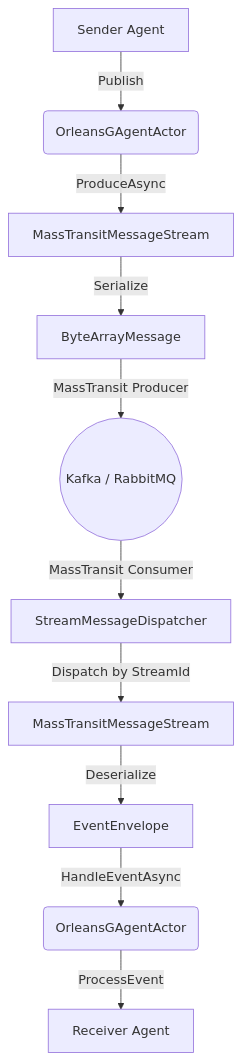
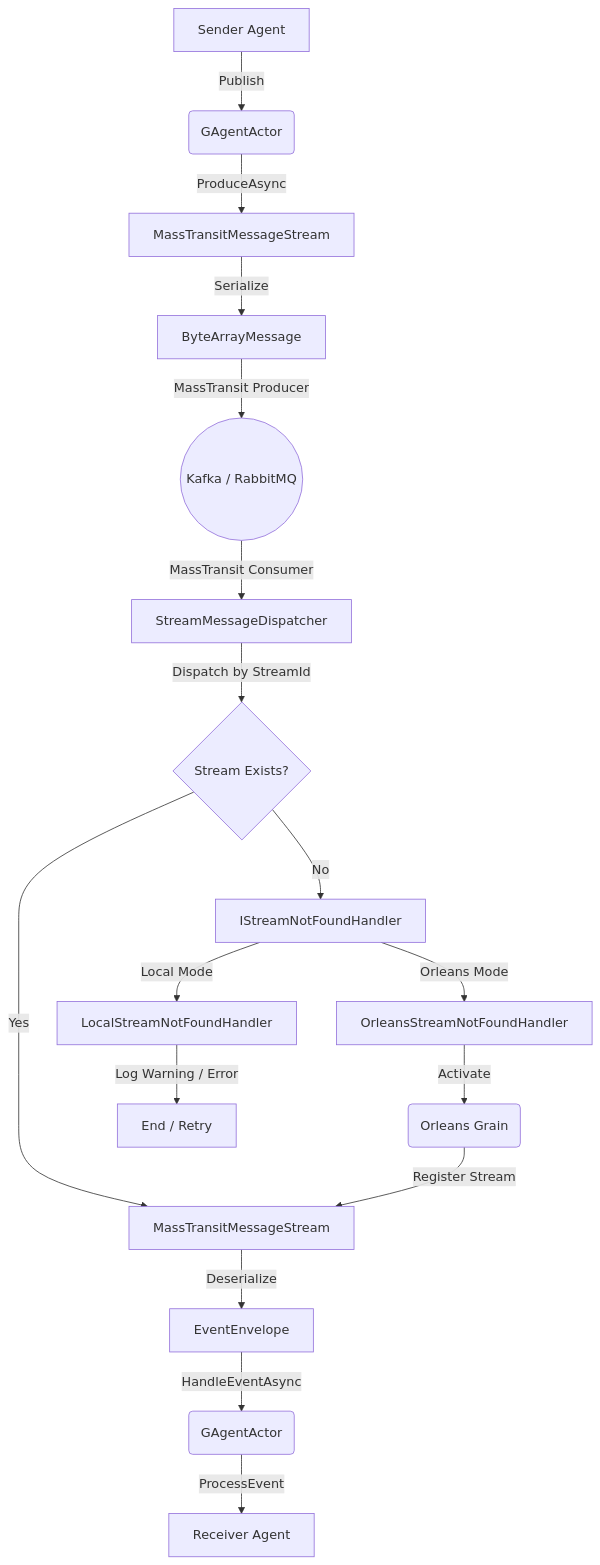
Before and after one commit to eanzhao/aevatar-agent-framework: the diagram in docs/MASSTRANSIT_INTEGRATION_GUIDE.md, drawn with Mermaid. The commit also changed other lines of this file and 5 other files, not shown here.

````diff
--- a/docs/MASSTRANSIT_INTEGRATION_GUIDE.md
+++ b/docs/MASSTRANSIT_INTEGRATION_GUIDE.md
@@ -25,13 +25,24 @@
 ```mermaid
 graph TD
-    A[Sender Agent] -->|Publish| B(OrleansGAgentActor)
+    A[Sender Agent] -->|Publish| B(GAgentActor)
     B -->|ProduceAsync| C[MassTransitMessageStream]
     C -->|Serialize| D[ByteArrayMessage]
     D -->|MassTransit Producer| E((Kafka / RabbitMQ))
     
     E -->|MassTransit Consumer| F[StreamMessageDispatcher]
-    F -->|Dispatch by StreamId| G[MassTransitMessageStream]
-    G -->|Deserialize| H[EventEnvelope]
-    H -->|HandleEventAsync| I(OrleansGAgentActor)
-    I -->|ProcessEvent| J[Receiver Agent]
+    F -->|Dispatch by StreamId| G{Stream Exists?}
+    
+    G -->|Yes| H[MassTransitMessageStream]
+    G -->|No| I[IStreamNotFoundHandler]
+    
+    I -->|Orleans Mode| J[OrleansStreamNotFoundHandler]
+    J -->|Activate| K(Orleans Grain)
+    K -->|Register Stream| H
+    
+    I -->|Local Mode| L[LocalStreamNotFoundHandler]
+    L -->|Log Warning / Error| M[End / Retry]
+    
+    H -->|Deserialize| N[EventEnvelope]
+    N -->|HandleEventAsync| O(GAgentActor)
+    O -->|ProcessEvent| P[Receiver Agent]
 ```
````
